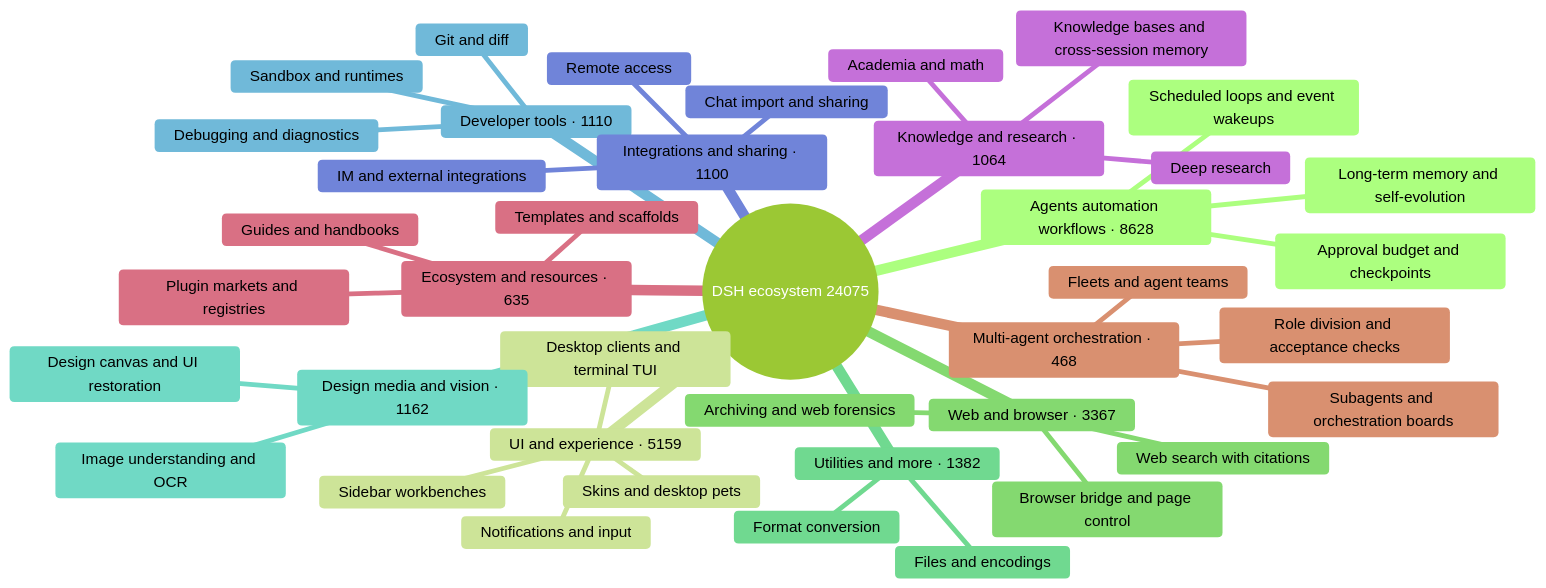
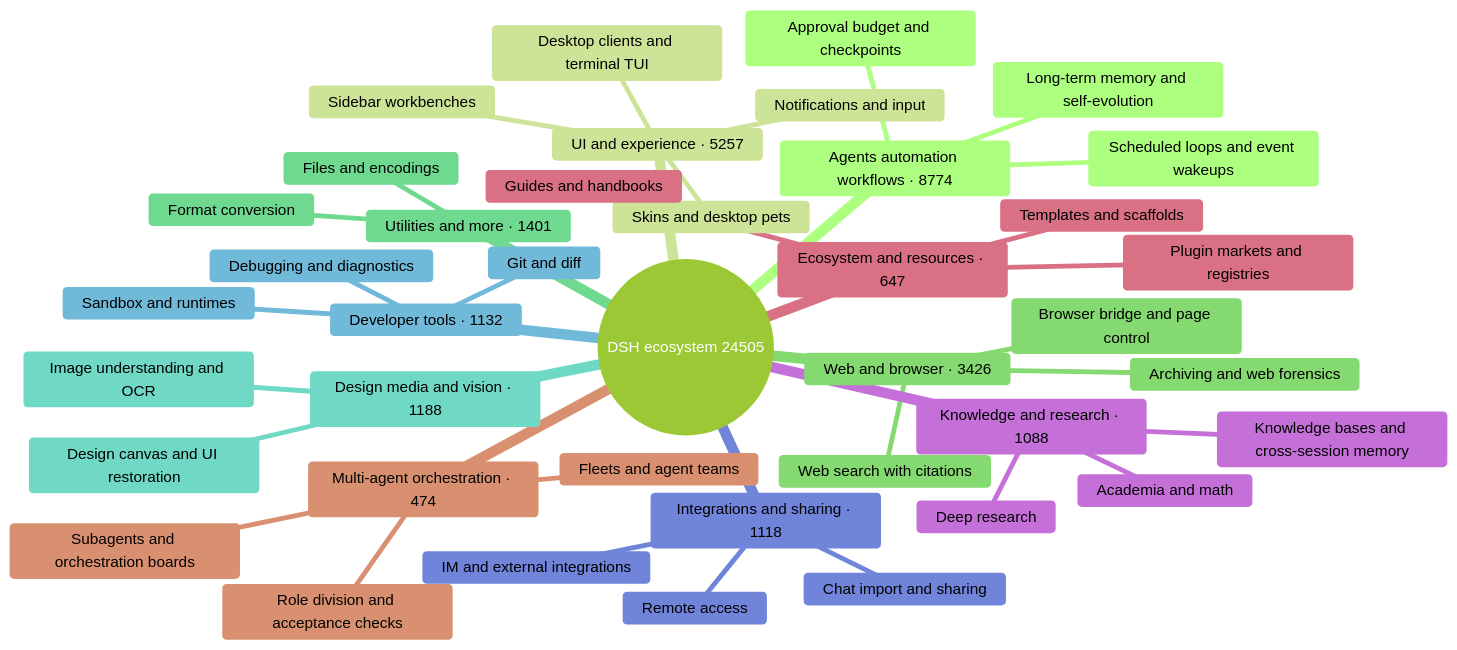
Before and after one commit to bruc3van/awesome-dsh-plugin: the diagram in README_EN.md, drawn with Mermaid (forest theme). The commit also changed other lines of this file and 28 other files, not shown here.

````diff
--- a/README_EN.md
+++ b/README_EN.md
@@ -32,43 +32,43 @@
 ```mermaid
 mindmap
-  root((DSH ecosystem 24075))
-    Agents automation workflows · 8628
+  root((DSH ecosystem 24505))
+    Agents automation workflows · 8774
       Scheduled loops and event wakeups
       Long-term memory and self-evolution
       Approval budget and checkpoints
-    UI and experience · 5159
+    UI and experience · 5257
       Desktop clients and terminal TUI
       Sidebar workbenches
       Skins and desktop pets
       Notifications and input
-    Web and browser · 3367
+    Web and browser · 3426
       Browser bridge and page control
       Web search with citations
       Archiving and web forensics
-    Utilities and more · 1382
+    Utilities and more · 1401
       Files and encodings
       Format conversion
-    Design media and vision · 1162
+    Design media and vision · 1188
       Image understanding and OCR
       Design canvas and UI restoration
-    Developer tools · 1110
+    Developer tools · 1132
       Git and diff
       Sandbox and runtimes
       Debugging and diagnostics
-    Integrations and sharing · 1100
+    Integrations and sharing · 1118
       Chat import and sharing
       Remote access
       IM and external integrations
-    Knowledge and research · 1064
+    Knowledge and research · 1088
       Knowledge bases and cross-session memory
       Deep research
       Academia and math
-    Ecosystem and resources · 635
+    Ecosystem and resources · 647
       Plugin markets and registries
       Templates and scaffolds
       Guides and handbooks
-    Multi-agent orchestration · 468
+    Multi-agent orchestration · 474
       Subagents and orchestration boards
       Fleets and agent teams
       Role division and acceptance checks
 ```
````
